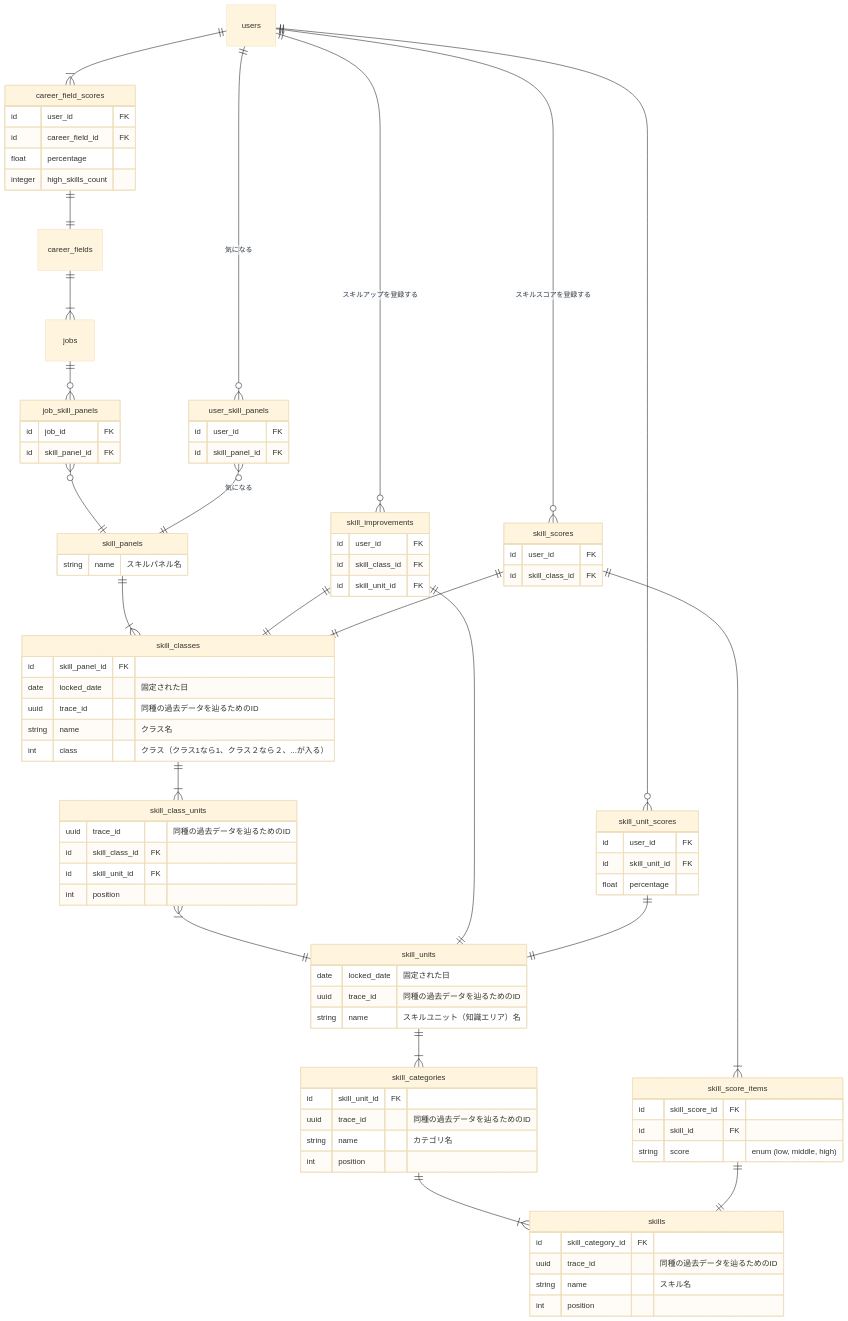
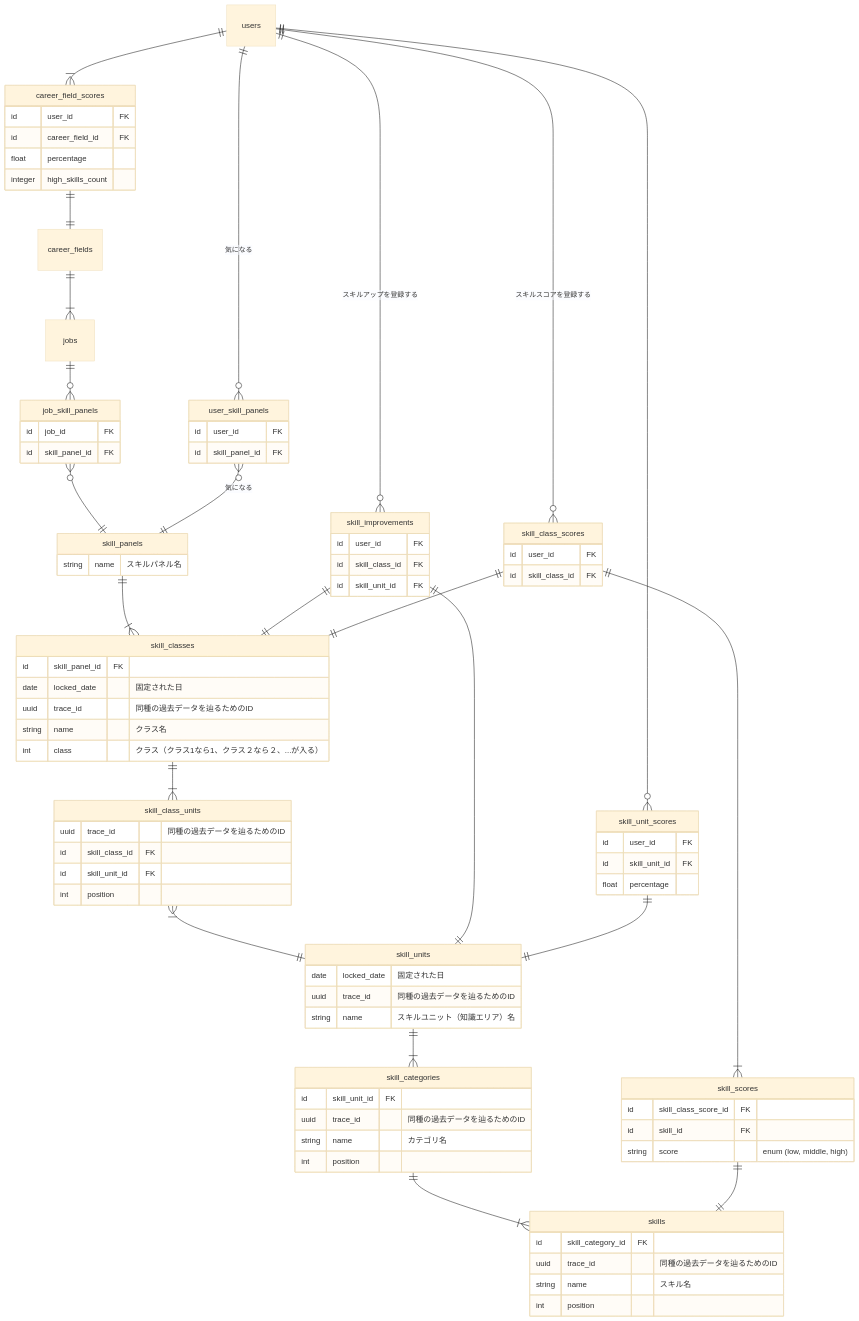
Before and after one commit to bright-org/bright: the second of 3 diagrams in docs/logics/update_skill_panels.md, drawn with Mermaid (base theme). The commit also changed other lines of this file and 17 other files, not shown here.

```diff
--- a/docs/logics/update_skill_panels.md
+++ b/docs/logics/update_skill_panels.md
@@ -96,10 +96,10 @@
   users ||--o{ skill_improvements : "スキルアップを登録する"
   skill_improvements ||--|| skill_classes : ""
   skill_improvements ||--|| skill_units : ""
-  users ||--o{ skill_scores : "スキルスコアを登録する"
-  skill_scores ||--|| skill_classes : ""
-  skill_scores ||--|{ skill_score_items : ""
-  skill_score_items ||--|| skills : ""
+  users ||--o{ skill_class_scores : "スキルスコアを登録する"
+  skill_class_scores ||--|| skill_classes : ""
+  skill_class_scores ||--|{ skill_scores : ""
+  skill_scores ||--|| skills : ""
   users ||--|{ career_field_scores : ""
   career_field_scores ||--|| career_fields : ""
   users ||--o{ skill_unit_scores : ""
@@ -160,7 +160,7 @@
     id skill_unit_id FK
   }
 
-  skill_scores {
+  skill_class_scores {
     id user_id FK
     id skill_class_id FK
   }
@@ -171,8 +171,8 @@
     float percentage
   }
 
-  skill_score_items {
-    id skill_score_id FK
+  skill_scores {
+    id skill_class_score_id FK
     id skill_id FK
     string score "enum (low, middle, high)"
   }
```
